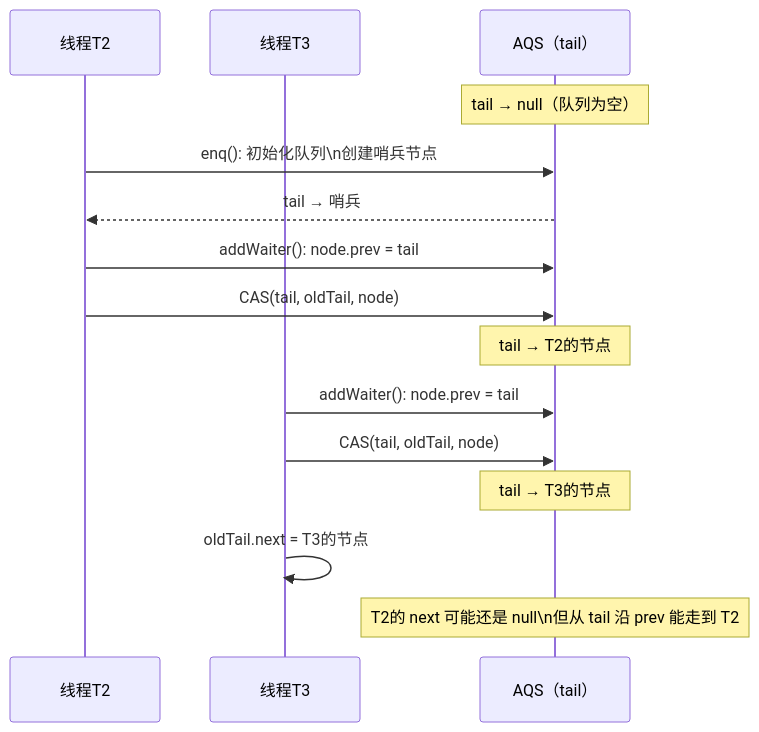
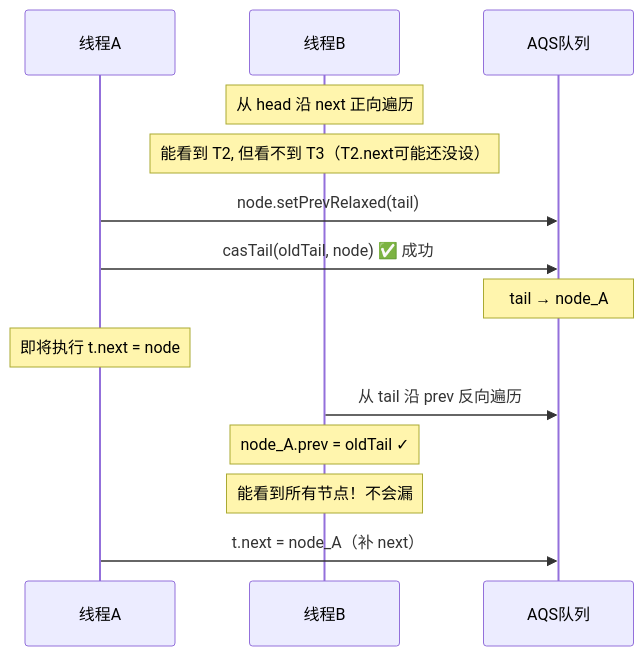
One commit to yaocat55/yaocat55.github.io changed the second of 5 diagrams in content/posts/concurrency/AqsDeepAnalysis.md. Above: the diagram before and after it, drawn with Mermaid. The commit also changed other lines of this file, not shown here.

First line of the commit message:
feat: AQS 源码深度重写——JDK 8 vs 21 八段逐行源码对比 + 设计动机全解

````diff
--- a/content/posts/concurrency/AqsDeepAnalysis.md
+++ b/content/posts/concurrency/AqsDeepAnalysis.md
@@ -196,21 +241,21 @@
-```mermaid
+``` mermaid
+%% 半暗底色 + 高亮描边 %%
 sequenceDiagram
-    participant T2 as 线程T2
-    participant T3 as 线程T3
-    participant AQS as AQS（tail）
+    participant TA as 线程A
+    participant TB as 线程B
+    participant AQS as AQS队列
 
-    Note over AQS: tail → null（队列为空）
+    Note over TB: 从 head 沿 next 正向遍历
+    Note over TB: 能看到 T2, 但看不到 T3（T2.next可能还没设）
 
-    T2->>AQS: enq(): 初始化队列\n创建哨兵节点
-    AQS-->>T2: tail → 哨兵
-    T2->>AQS: addWaiter(): node.prev = tail
-    T2->>AQS: CAS(tail, oldTail, node)
-    Note over AQS: tail → T2的节点
+    TA->>AQS: node.setPrevRelaxed(tail)
+    TA->>AQS: casTail(oldTail, node) ✅ 成功
+    Note over AQS: tail → node_A
+    Note over TA: 即将执行 t.next = node
 
-    T3->>AQS: addWaiter(): node.prev = tail
-    T3->>AQS: CAS(tail, oldTail, node)
-    Note over AQS: tail → T3的节点
-    T3->>T3: oldTail.next = T3的节点
+    TB->>AQS: 从 tail 沿 prev 反向遍历
+    Note over TB: node_A.prev = oldTail ✓
+    Note over TB: 能看到所有节点！不会漏
 
-    Note over AQS: T2的 next 可能还是 null\n但从 tail 沿 prev 能走到 T2
-```
+    TA->>AQS: t.next = node_A（补 next）
+``` 
````
